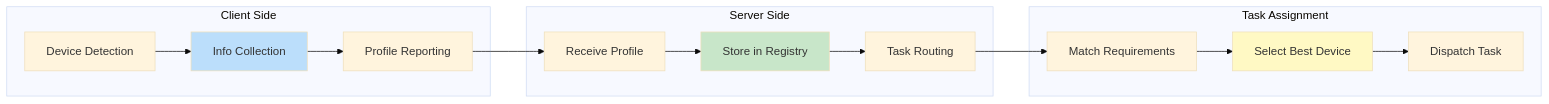
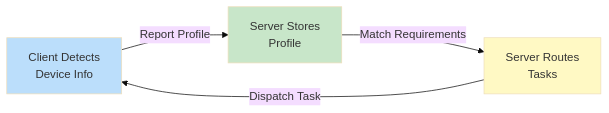
Before and after one commit to microsoft/UFO: the fourth of 9 diagrams in documents/docs/client/overview.md, drawn with Mermaid (base theme). The commit also changed other lines of this file and 7 other files, not shown here.

````diff
--- a/documents/docs/client/overview.md
+++ b/documents/docs/client/overview.md
@@ -302,34 +259,14 @@
 ```mermaid
 graph LR
-    subgraph "Client Side"
-        Detect[Device Detection]
-        Collect[Info Collection]
-        Report[Profile Reporting]
-    end
+    Client[Client Detects<br/>Device Info]
+    Server[Server Stores<br/>Profile]
+    Route[Server Routes<br/>Tasks]
     
-    subgraph "Server Side"
-        Receive[Receive Profile]
-        Store[Store in Registry]
-        Route[Task Routing]
-    end
+    Client -->|Report Profile| Server
+    Server -->|Match Requirements| Route
+    Route -->|Dispatch Task| Client
     
-    subgraph "Task Assignment"
-        Match[Match Requirements]
-        Select[Select Best Device]
-        Dispatch[Dispatch Task]
-    end
-    
-    Detect --> Collect
-    Collect --> Report
-    Report --> Receive
-    Receive --> Store
-    Store --> Route
-    
-    Route --> Match
-    Match --> Select
-    Select --> Dispatch
-    
-    style Collect fill:#bbdefb
-    style Store fill:#c8e6c9
-    style Select fill:#fff9c4
+    style Client fill:#bbdefb
+    style Server fill:#c8e6c9
+    style Route fill:#fff9c4
 ```
````
